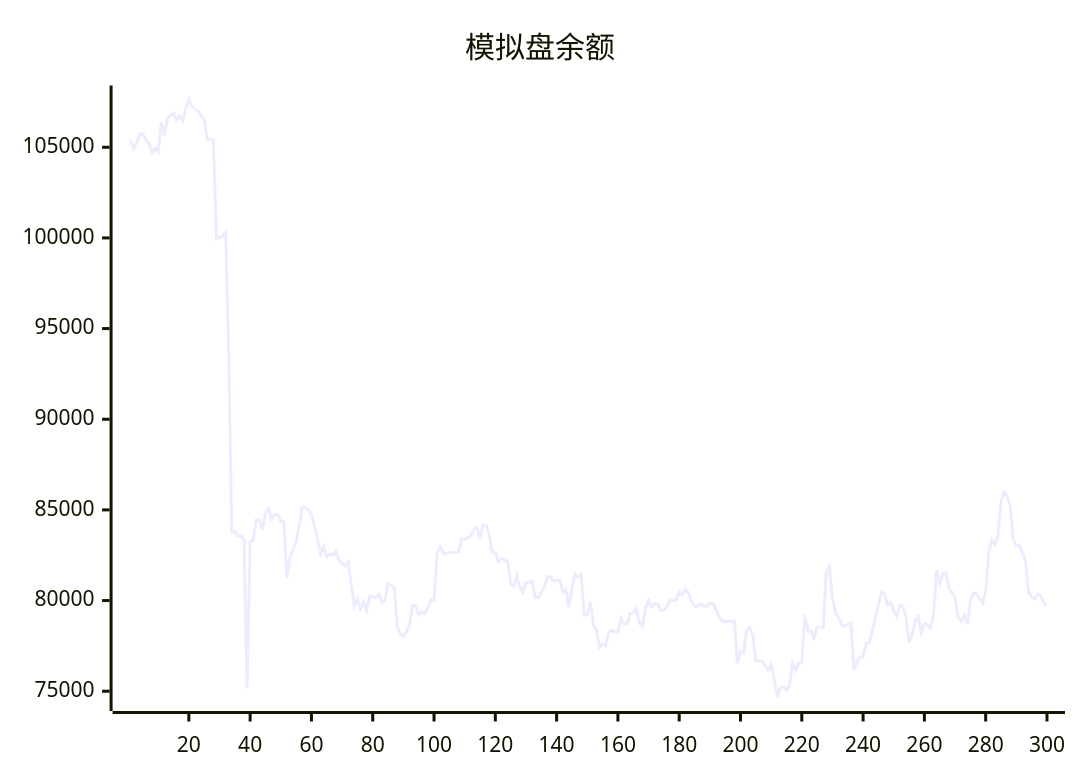
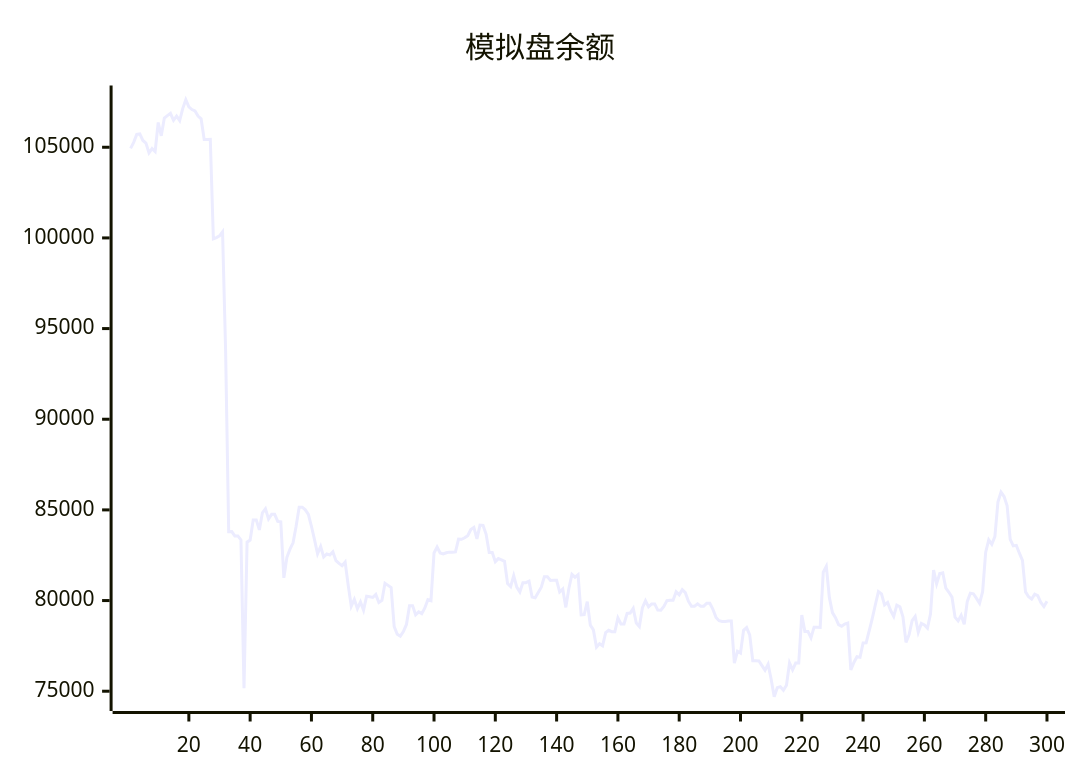
One commit to aahl/ai-trading changed the diagram in README.md. Above: the diagram before and after it, drawn with Mermaid. The commit also changed other lines of this file and 1 other file, not shown here.

````diff
--- a/README.md
+++ b/README.md
@@ -5,5 +5,5 @@
 ```mermaid
 xychart
     title "模拟盘余额"
-    line [105380,104941,105272,105709,105739,105374,105227,104691,104924,104762,106364,105628,106608,106748,106872,106485,106721,106468,107132,107620,107224,107080,107001,106717,106567,105431,105431,105440,99950,100017,100113,100337,93749,83795,83807,83567,83567,83342,75168,83222,83336,84448,84449,83896,84839,85065,84499,84757,84757,84364,84347,81254,82385,82835,83184,84099,85150,85150,85002,84751,84096,83356,82582,82983,82404,82572,82512,82688,82200,82047,81920,82125,80840,79688,80060,79552,79920,79470,80236,80208,80170,80336,79894,80006,80954,80837,80712,78561,78139,78037,78293,78682,79720,79720,79214,79372,79279,79591,80046,79993,82625,82950,82626,82571,82633,82670,82670,82681,83386,83378,83464,83579,83920,84037,83402,84160,84142,83652,82655,82655,82145,82315,82243,82163,80934,80770,81371,80742,80468,80989,80989,81067,80191,80155,80450,80737,81309,81309,81106,81119,81119,80471,80631,79624,80670,81448,81290,81429,79212,79222,79940,78643,78380,77432,77623,77504,78235,78358,78284,78277,79048,78714,78714,79290,79308,79567,78763,78563,79603,79988,79652,79813,79813,79476,79469,79673,79995,80015,80015,80486,80314,80600,80436,79966,79689,79689,79819,79692,79692,79850,79850,79518,79071,78889,78850,78850,78878,78878,76554,77202,77103,78357,78510,78106,76678,76677,76672,76411,76159,76485,75656,74695,75197,75246,75052,75334,76564,76179,76553,76551,79196,78300,78300,77944,78531,78531,78521,81564,81884,80160,79335,79055,78675,78580,78708,78764,76179,76586,76902,76876,77658,77669,78346,79023,79769,80497,80366,79761,79896,79448,79126,79749,79658,79097,77695,78114,78888,79126,78249,78738,78653,78478,79271,81680,80923,81488,81527,80681,80455,80190,79084,78879,79193,78686,79954,80403,80374,80118,79848,80491,82665,83351,83098,83525,85430,85983,85737,85221,83378,83014,83043,82613,82216,80477,80208,80081,80348,80277,79894,79670]
+    line [104941,105272,105709,105739,105374,105227,104691,104924,104762,106364,105628,106608,106748,106872,106485,106721,106468,107132,107620,107224,107080,107001,106717,106567,105431,105431,105440,99950,100017,100113,100337,93749,83795,83807,83567,83567,83342,75168,83222,83336,84448,84449,83896,84839,85065,84499,84757,84757,84364,84347,81254,82385,82835,83184,84099,85150,85150,85002,84751,84096,83356,82582,82983,82404,82572,82512,82688,82200,82047,81920,82125,80840,79688,80060,79552,79920,79470,80236,80208,80170,80336,79894,80006,80954,80837,80712,78561,78139,78037,78293,78682,79720,79720,79214,79372,79279,79591,80046,79993,82625,82950,82626,82571,82633,82670,82670,82681,83386,83378,83464,83579,83920,84037,83402,84160,84142,83652,82655,82655,82145,82315,82243,82163,80934,80770,81371,80742,80468,80989,80989,81067,80191,80155,80450,80737,81309,81309,81106,81119,81119,80471,80631,79624,80670,81448,81290,81429,79212,79222,79940,78643,78380,77432,77623,77504,78235,78358,78284,78277,79048,78714,78714,79290,79308,79567,78763,78563,79603,79988,79652,79813,79813,79476,79469,79673,79995,80015,80015,80486,80314,80600,80436,79966,79689,79689,79819,79692,79692,79850,79850,79518,79071,78889,78850,78850,78878,78878,76554,77202,77103,78357,78510,78106,76678,76677,76672,76411,76159,76485,75656,74695,75197,75246,75052,75334,76564,76179,76553,76551,79196,78300,78300,77944,78531,78531,78521,81564,81884,80160,79335,79055,78675,78580,78708,78764,76179,76586,76902,76876,77658,77669,78346,79023,79769,80497,80366,79761,79896,79448,79126,79749,79658,79097,77695,78114,78888,79126,78249,78738,78653,78478,79271,81680,80923,81488,81527,80681,80455,80190,79084,78879,79193,78686,79954,80403,80374,80118,79848,80491,82665,83351,83098,83525,85430,85983,85737,85221,83378,83014,83043,82613,82216,80477,80208,80081,80348,80277,79894,79670,79965]
 ```
````
